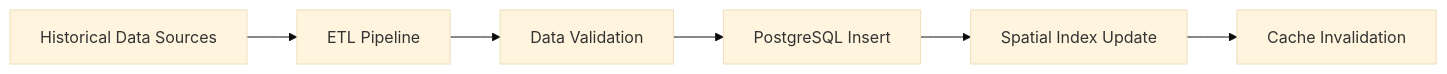
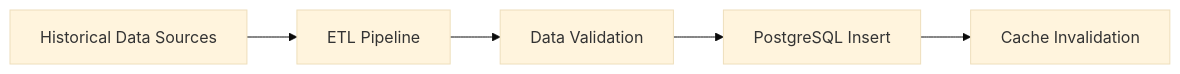
Before and after one commit to kmryst/terraform-hannibal: the second of 2 diagrams in docs/architecture/data-architecture.md, drawn with Mermaid (base theme). The commit also changed other lines of this file and 2 other files, not shown here.

````diff
--- a/docs/architecture/data-architecture.md
+++ b/docs/architecture/data-architecture.md
@@ -165,8 +164,7 @@
 ```mermaid
 graph LR
     A[Historical Data Sources] --> B[ETL Pipeline]
     B --> C[Data Validation]
     C --> D[PostgreSQL Insert]
-    D --> E[Spatial Index Update]
-    E --> F[Cache Invalidation]
+    D --> F[Cache Invalidation]
 ```
````
